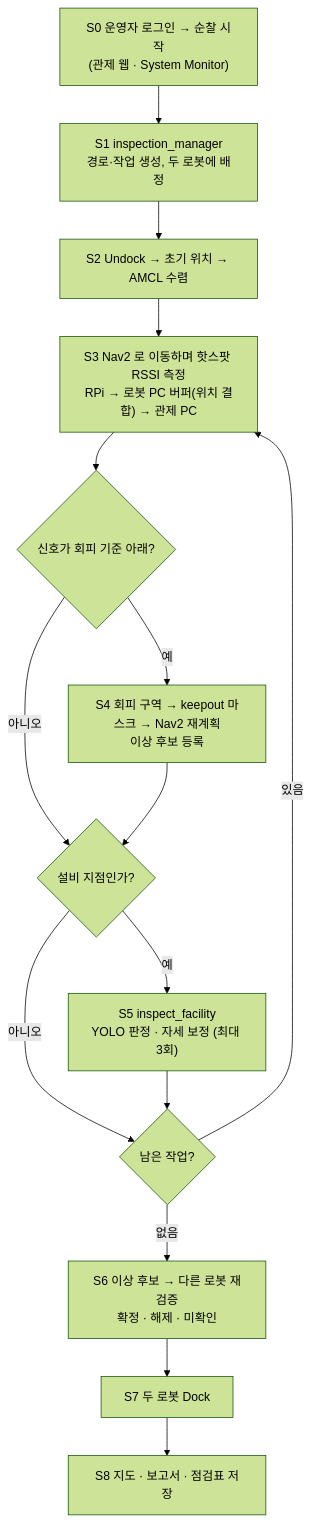
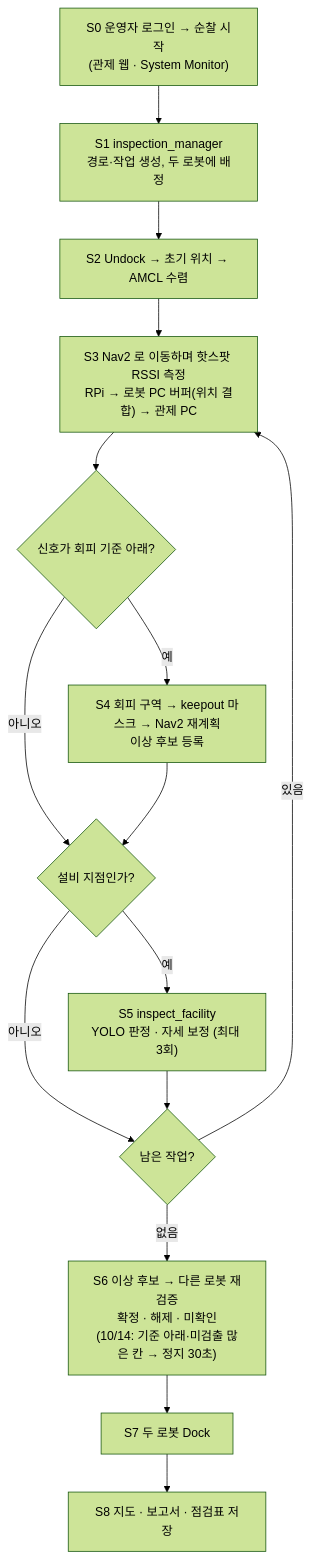
One commit to tnduaehowl12/B_0102_Final_Project changed the first of 4 diagrams in docs/deliverables/process_flow.md. Above: the diagram before and after it, drawn with Mermaid (forest theme). The commit also changed other lines of this file and 7 other files, not shown here.

First line of the commit message:
docs: 일지 키트 v1.15, 다이어그램 drawio, 제출 문서 원본 표시

````diff
--- a/docs/deliverables/process_flow.md
+++ b/docs/deliverables/process_flow.md
@@ -16,17 +18,17 @@
 ```mermaid
 flowchart TD
   S0["S0 운영자 로그인 → 순찰 시작<br>(관제 웹 · System Monitor)"] --> S1["S1 inspection_manager<br>경로·작업 생성, 두 로봇에 배정"]
   S1 --> S2["S2 Undock → 초기 위치 → AMCL 수렴"]
   S2 --> S3["S3 Nav2 로 이동하며 핫스팟 RSSI 측정<br>RPi → 로봇 PC 버퍼(위치 결합) → 관제 PC"]
   S3 --> Q1{"신호가 회피 기준 아래?"}
   Q1 -- 예 --> S4["S4 회피 구역 → keepout 마스크 → Nav2 재계획<br>이상 후보 등록"]
   Q1 -- 아니오 --> Q2
   S4 --> Q2{"설비 지점인가?"}
   Q2 -- 예 --> S5["S5 inspect_facility<br>YOLO 판정 · 자세 보정 (최대 3회)"]
   Q2 -- 아니오 --> Q3
   S5 --> Q3{"남은 작업?"}
   Q3 -- 있음 --> S3
-  Q3 -- 없음 --> S6["S6 이상 후보 → 다른 로봇 재검증<br>확정 · 해제 · 미확인"]
+  Q3 -- 없음 --> S6["S6 이상 후보 → 다른 로봇 재검증<br>확정 · 해제 · 미확인<br>(10/14: 기준 아래·미검출 많은 칸 → 정지 30초)"]
   S6 --> S7["S7 두 로봇 Dock"]
   S7 --> S8["S8 지도 · 보고서 · 점검표 저장"]
 ```
````
